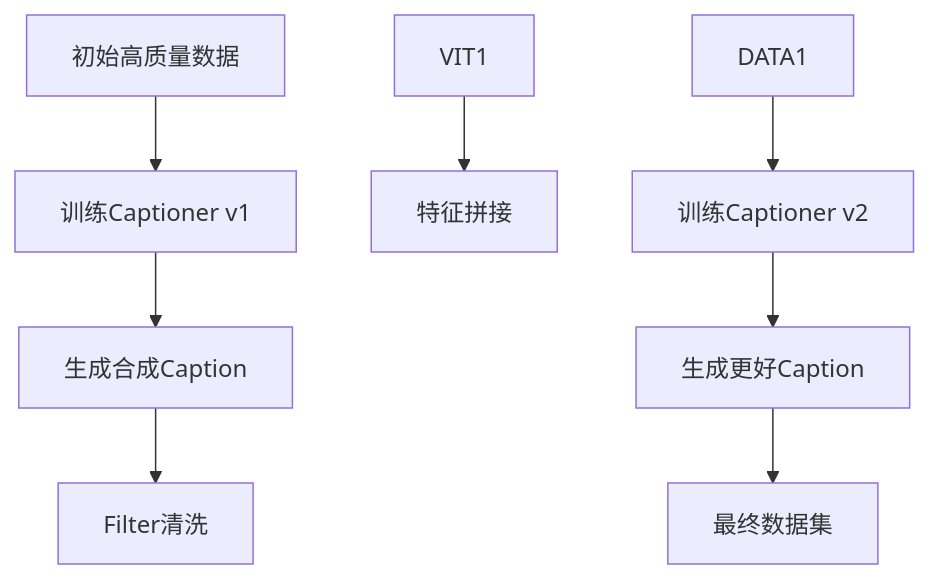
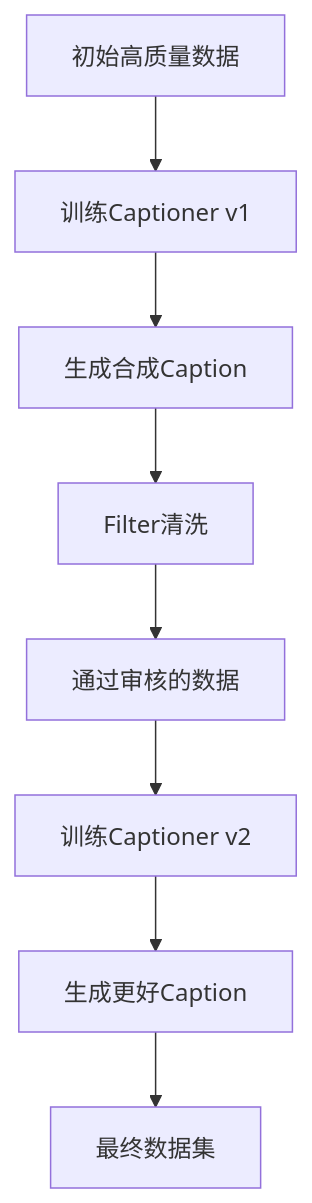
One commit to likebeans/notes-on-llms changed the fifth of 6 diagrams in docs/llms/multimodal/data.md. Above: the diagram before and after it, drawn with Mermaid. The commit also changed other lines of this file and 175 other files, not shown here.

````diff
--- a/docs/llms/multimodal/data.md
+++ b/docs/llms/multimodal/data.md
@@ -260,10 +245,10 @@
 ```mermaid
 flowchart TB
     INIT[初始高质量数据] --> TRAIN1[训练Captioner v1]
     TRAIN1 --> GEN1[生成合成Caption]
     GEN1 --> FILTER1[Filter清洗]
-    VIT1 --> CAT[特征拼接]
+    FILTER1 --> DATA1[通过审核的数据]
     DATA1 --> TRAIN2[训练Captioner v2]
     TRAIN2 --> GEN2[生成更好Caption]
     GEN2 --> FINAL[最终数据集]
 ```
````
